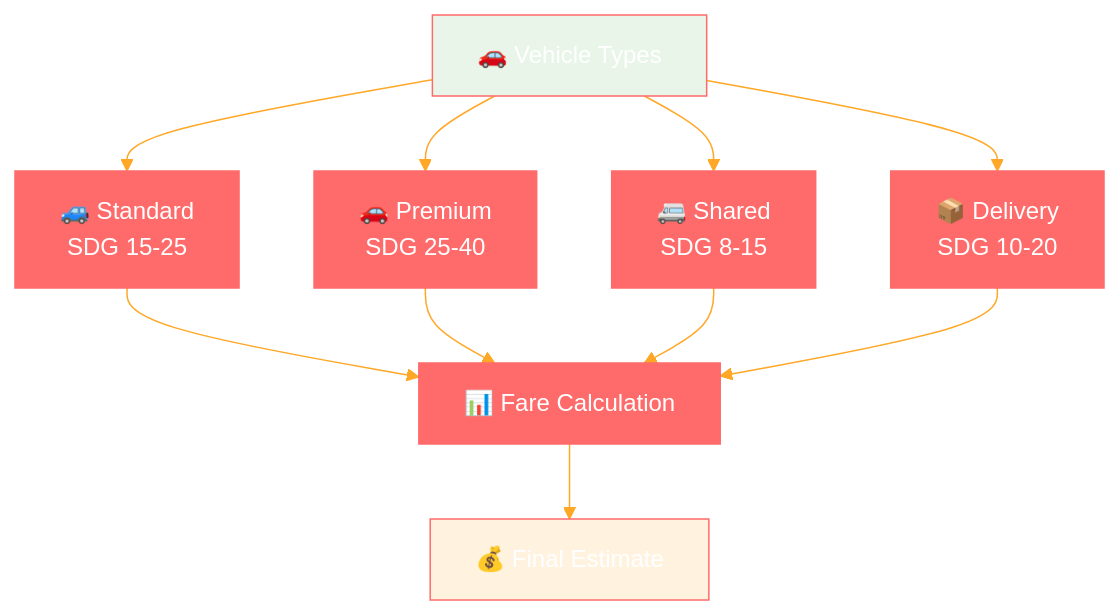
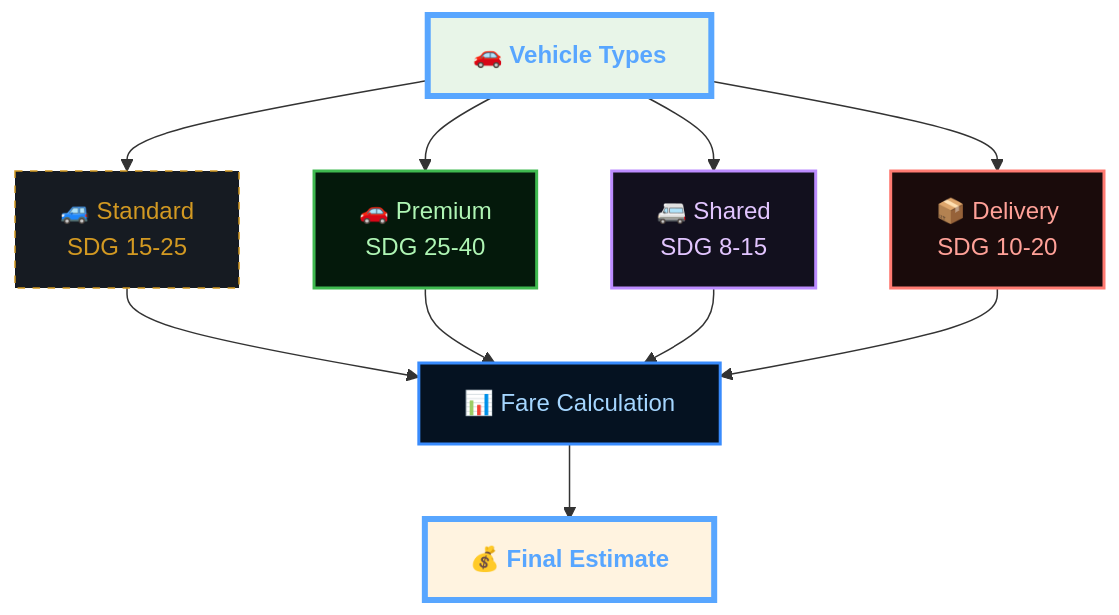
Before and after one commit to abdoElHodaky/transportapp: the fifth of 19 diagrams in docs/user-journeys/passenger-flow.md, drawn with Mermaid. The commit also changed other lines of this file and 9 other files, not shown here.

````diff
--- a/docs/user-journeys/passenger-flow.md
+++ b/docs/user-journeys/passenger-flow.md
@@ -158,18 +281,45 @@
 ```mermaid
-%%{init: {'theme':'base', 'themeVariables': {'primaryColor':'#ff6b6b','primaryTextColor':'#fff','primaryBorderColor':'#ff6b6b','lineColor':'#ffa726','sectionBkgColor':'#ff6b6b','altSectionBkgColor':'#fff','gridColor':'#fff','secondaryColor':'#006100','tertiaryColor':'#fff'}}}%%
 graph TB
     A[🚗 Vehicle Types] --> B[🚙 Standard<br/>SDG 15-25]
     A --> C[🚗 Premium<br/>SDG 25-40]
     A --> D[🚐 Shared<br/>SDG 8-15]
     A --> E[📦 Delivery<br/>SDG 10-20]
     
     B --> F[📊 Fare Calculation]
     C --> F
     D --> F
     E --> F
     
     F --> G[💰 Final Estimate]
     
     style A fill:#e8f5e8
     style G fill:#fff3e0
+
+    %% --- DARK GRADIENT & GLOW STYLING ---
+    
+    %% Main Dashboard (Neon Cyan/Blue)
+    classDef main fill:#0d1117,stroke:#58a6ff,stroke-width:4px,color:#58a6ff,font-weight:bold;
+    
+    %% Decision Diamond (Gold Glow)
+    classDef decision fill:#161b22,stroke:#d29922,color:#d29922,stroke-dasharray: 5 5;
+    
+    %% Revenue (Emerald Gradient Style)
+    classDef revNode fill:#04190b,stroke:#3fb950,color:#aff5b4,stroke-width:2px;
+    
+    %% Commission (Purple Gradient Style)
+    classDef commNode fill:#12101e,stroke:#bc8cff,color:#e2c5ff,stroke-width:2px;
+    
+    %% Refund (Ruby Gradient Style)
+    classDef refNode fill:#1a0b0b,stroke:#ff7b72,color:#ffa198,stroke-width:2px;
+    
+    %% Earnings (Sapphire Gradient Style)
+    classDef earnNode fill:#051221,stroke:#388bfd,color:#a5d6ff,stroke-width:2px;
+
+    class A main;
+    class B decision;
+    class C revNode;
+    class D commNode;
+    class E refNode;
+    class F earnNode;
+    class G main;
 ```
````
